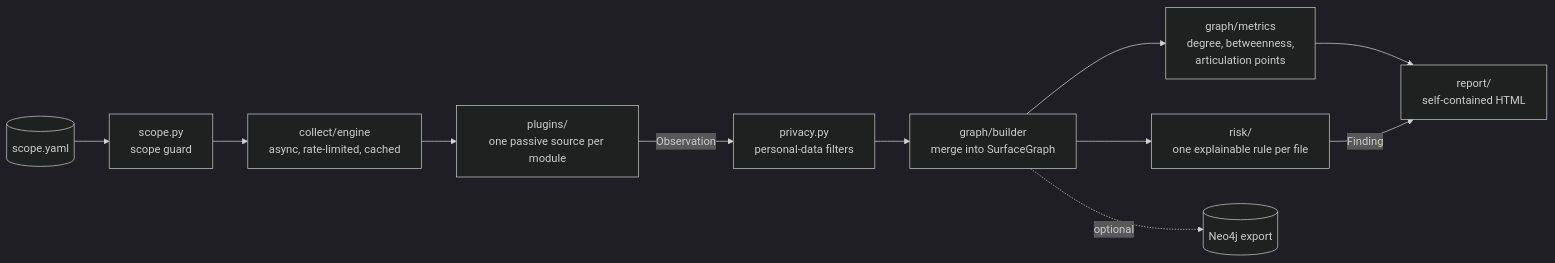
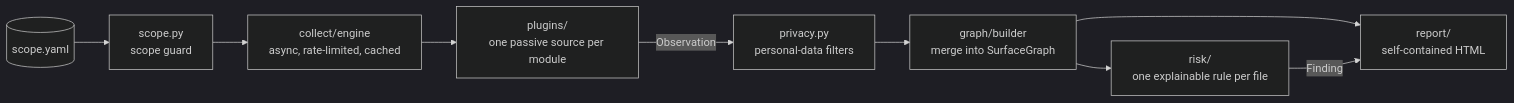
One commit to Nakken13/domain-mapper changed the diagram in README.md. Above: the diagram before and after it, drawn with Mermaid (dark theme). The commit also changed other lines of this file and 5 other files, not shown here.

````diff
--- a/README.md
+++ b/README.md
@@ -29,13 +34,11 @@
 ```mermaid
 flowchart LR
     scope[("scope.yaml")] --> guard["scope.py<br/>scope guard"]
     guard --> engine["collect/engine<br/>async, rate-limited, cached"]
     engine --> plugins["plugins/<br/>one passive source per module"]
     plugins -->|Observation| priv["privacy.py<br/>personal-data filters"]
     priv --> builder["graph/builder<br/>merge into SurfaceGraph"]
-    builder --> metrics["graph/metrics<br/>degree, betweenness,<br/>articulation points"]
     builder --> rules["risk/<br/>one explainable rule per file"]
-    metrics --> report["report/<br/>self-contained HTML"]
+    builder --> report["report/<br/>self-contained HTML"]
     rules -->|Finding| report
-    builder -.->|optional| neo4j[("Neo4j export")]
 ```
````
